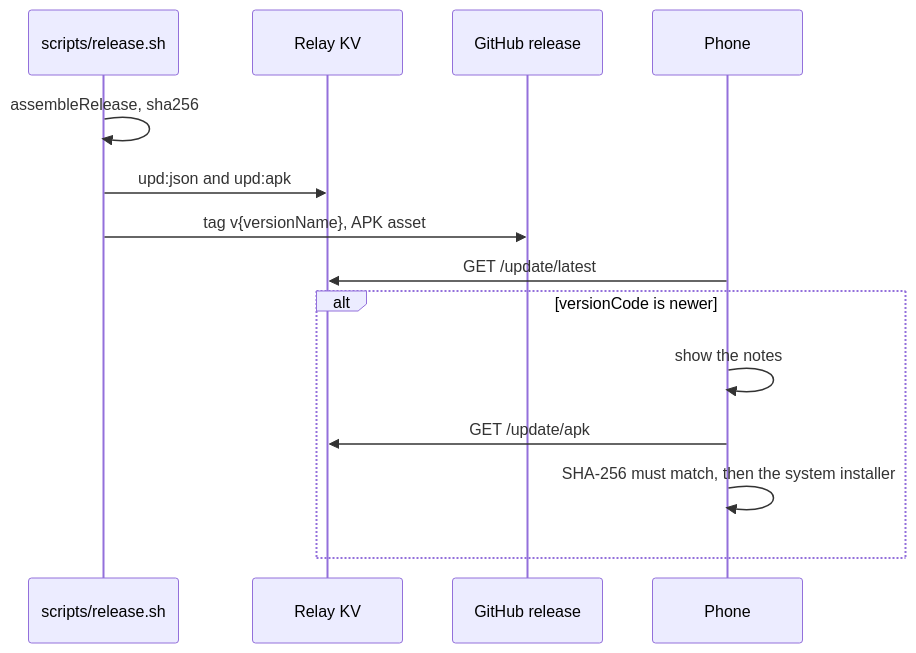
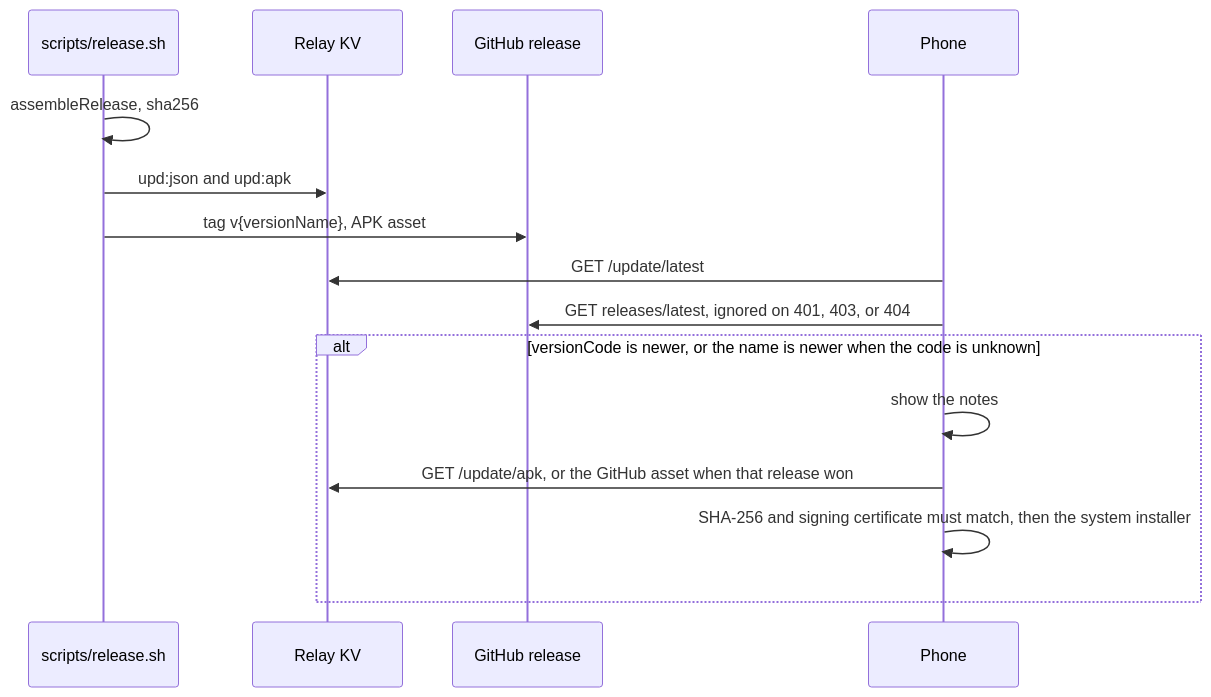
One commit to aceadones/Betweenly changed the seventh of 7 diagrams in ARCHITECTURE.md. Above: the diagram before and after it, drawn with Mermaid. The commit also changed other lines of this file and 2 other files, not shown here.

````diff
--- a/ARCHITECTURE.md
+++ b/ARCHITECTURE.md
@@ -239,16 +239,17 @@
 ```mermaid
 sequenceDiagram
     participant Dev as scripts/release.sh
     participant KV as Relay KV
     participant GH as GitHub release
     participant P as Phone
     Dev->>Dev: assembleRelease, sha256
     Dev->>KV: upd:json and upd:apk
     Dev->>GH: tag v{versionName}, APK asset
     P->>KV: GET /update/latest
-    alt versionCode is newer
+    P->>GH: GET releases/latest, ignored on 401, 403, or 404
+    alt versionCode is newer, or the name is newer when the code is unknown
         P->>P: show the notes
-        P->>KV: GET /update/apk
-        P->>P: SHA-256 must match, then the system installer
+        P->>KV: GET /update/apk, or the GitHub asset when that release won
+        P->>P: SHA-256 and signing certificate must match, then the system installer
     end
 ```
````
